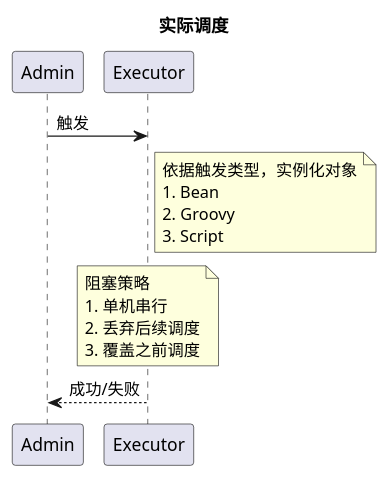
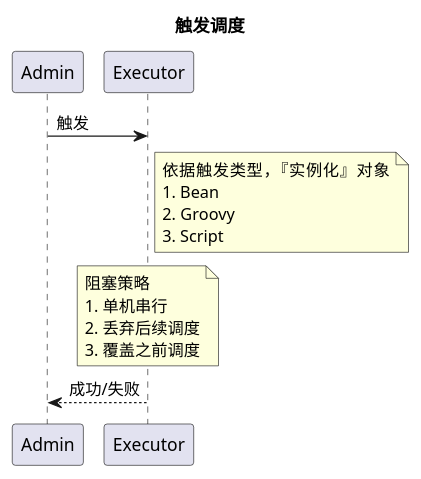
The diagram in doc/uml/sequence/executor/executor-run.puml (Sean-K-Wu/xxl-job), drawn with PlantUML before and after one commit. The commit also changed 9 other files, not shown here.

```diff
--- a/doc/uml/sequence/executor/executor-run.puml
+++ b/doc/uml/sequence/executor/executor-run.puml
@@ -1,24 +1,24 @@
 @startuml
-title 实际调度
+title 触发调度
 
 participant a as "Admin" order 10
 participant e as "Executor" order 20
 
 a -> e : 触发
 
 note right e
-    依据触发类型，实例化对象
+    依据触发类型，『实例化』对象
     1. Bean
     2. Groovy
     3. Script
 end note
 
 note over e
     阻塞策略
     1. 单机串行
     2. 丢弃后续调度
     3. 覆盖之前调度
 end note
 
 a <-- e : 成功/失败
 @enduml
```
